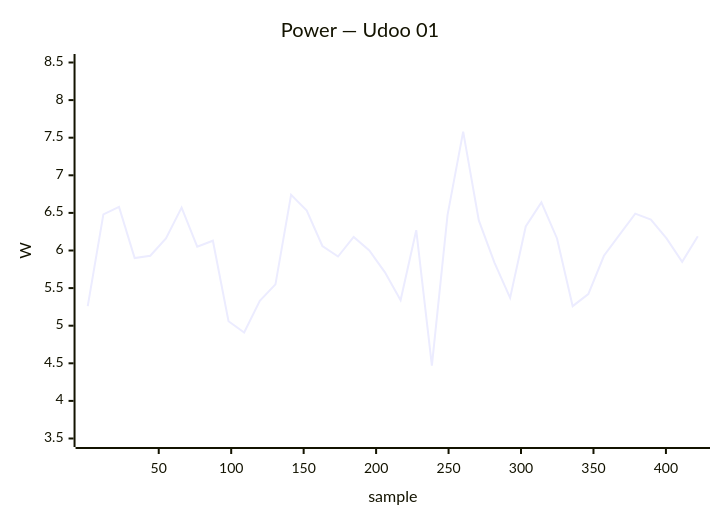
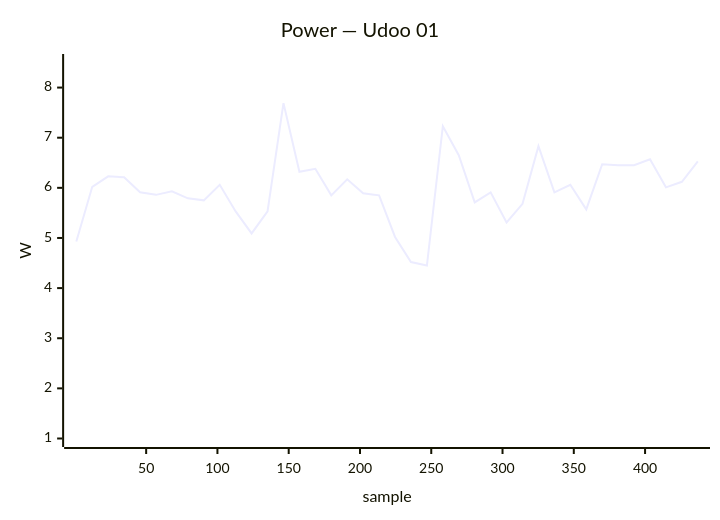
One commit to armbian/documentation changed diagram 22 of 24 in docs/status/board-tests.md. Above: the diagram before and after it, drawn with Mermaid. The commit also changed other lines of this file, not shown here.

````diff
--- a/docs/status/board-tests.md
+++ b/docs/status/board-tests.md
@@ -1172,7 +1172,7 @@
     ```mermaid
     xychart-beta
         title "Power — Udoo 01"
-        x-axis "sample" 1 --> 422
-        y-axis "W" 3.5 --> 8.5
-        line [5.26, 6.48, 6.58, 5.90, 5.93, 6.16, 6.57, 6.05, 6.13, 5.06, 4.91, 5.33, 5.55, 6.74, 6.53, 6.06, 5.92, 6.18, 6.00, 5.71, 5.34, 6.27, 4.47, 6.47, 7.58, 6.40, 5.84, 5.37, 6.32, 6.64, 6.16, 5.26, 5.42, 5.93, 6.21, 6.49, 6.41, 6.16, 5.85, 6.19]
+        x-axis "sample" 1 --> 437
+        y-axis "W" 1.0 --> 8.5
+        line [4.93, 6.02, 6.23, 6.21, 5.91, 5.86, 5.93, 5.79, 5.75, 6.06, 5.53, 5.09, 5.53, 7.69, 6.32, 6.38, 5.85, 6.17, 5.89, 5.85, 5.02, 4.52, 4.45, 7.23, 6.65, 5.71, 5.91, 5.31, 5.68, 6.83, 5.91, 6.06, 5.57, 6.47, 6.45, 6.45, 6.57, 6.01, 6.12, 6.53]
     ```
````
